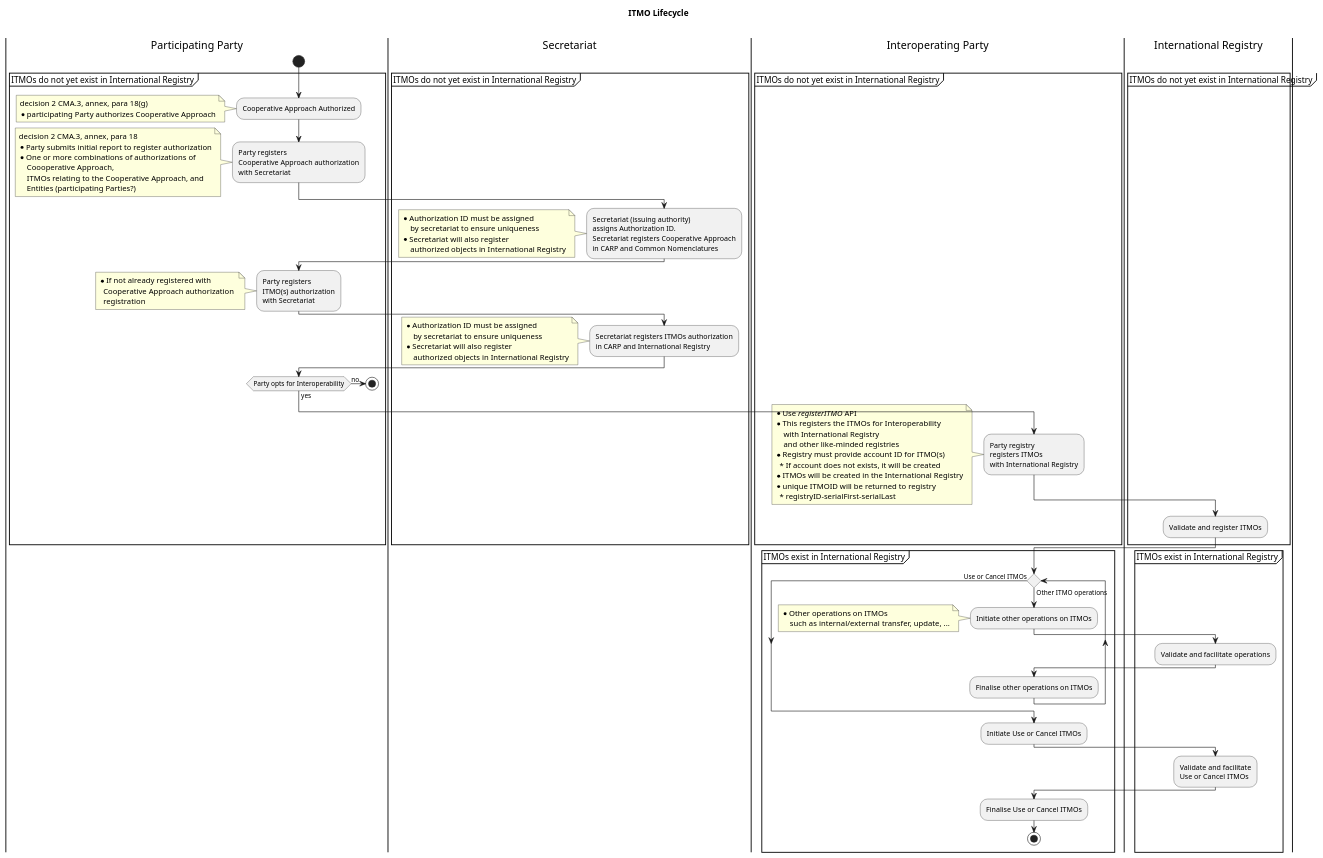
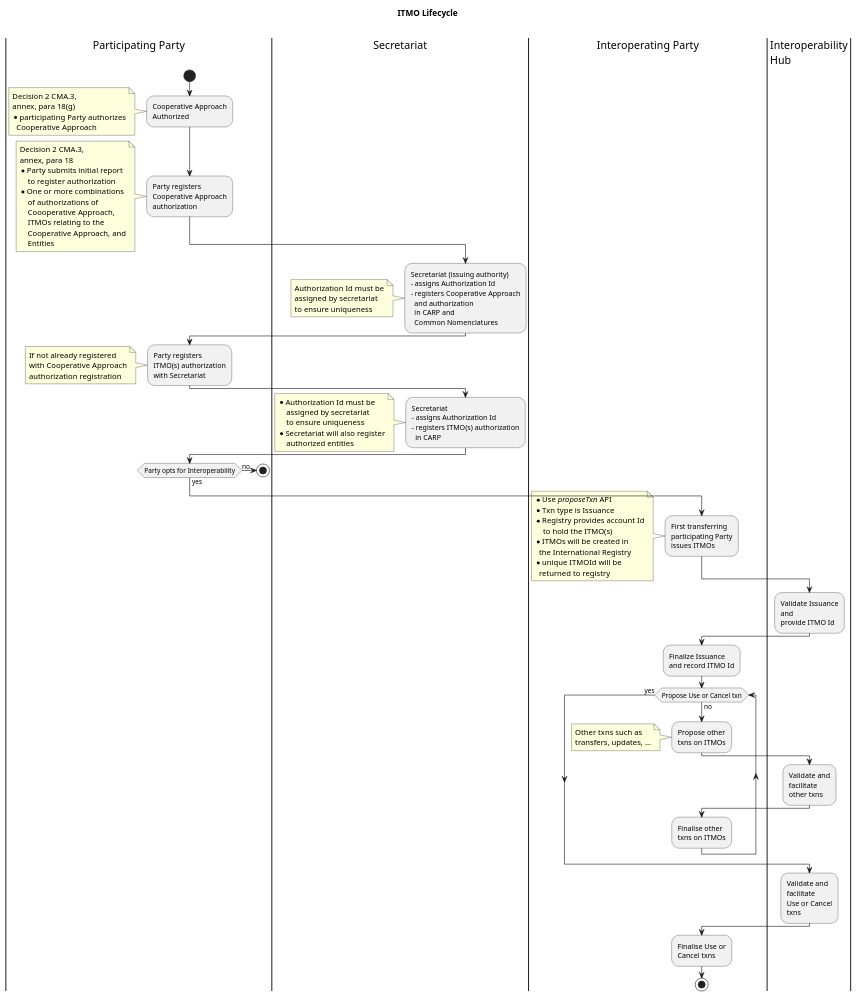
Before and after one commit to frankcnng/CARP: the diagram in diagrams/ITMO Lifecyle - activity.puml, drawn with PlantUML.

Commit message:
Update ITMO Lifecyle - activity.puml
changed "action" to "transaction" or "txn"

```diff
--- a/diagrams/ITMO Lifecyle - activity.puml
+++ b/diagrams/ITMO Lifecyle - activity.puml
@@ -1,113 +1,126 @@
 @startuml
 
 title ITMO Lifecycle \n
 |Participating Party|
 
 start
 
-partition ITMOs do not yet exist in International Registry {
-    
-    :Cooperative Approach Authorized;
+
+    :Cooperative Approach\nAuthorized;
       note left
-        decision 2 CMA.3, annex, para 18(g)
-        * participating Party authorizes Cooperative Approach
+        Decision 2 CMA.3,
+        annex, para 18(g)
+        * participating Party authorizes
+          Cooperative Approach
       end note
   
     :Party registers
-    Cooperative Approach authorization
-    with Secretariat;
+    Cooperative Approach
+    authorization;
       note left
-        decision 2 CMA.3, annex, para 18
-        * Party submits initial report to register authorization
-        * One or more combinations of authorizations of
+        Decision 2 CMA.3,
+        annex, para 18
+        * Party submits initial report
+            to register authorization
+        * One or more combinations
+            of authorizations of
             Coooperative Approach,
-            ITMOs relating to the Cooperative Approach, and
-            Entities (participating Parties?)
+            ITMOs relating to the
+            Cooperative Approach, and
+            Entities
       end note
     |Secretariat|
     :Secretariat (issuing authority)
-    assigns Authorization ID.
-    Secretariat registers Cooperative Approach
-    in CARP and Common Nomenclatures;
+    - assigns Authorization Id
+    - registers Cooperative Approach
+      and authorization
+      in CARP and 
+      Common Nomenclatures;
       note left
-        * Authorization ID must be assigned
-            by secretariat to ensure uniqueness
-        * Secretariat will also register 
-            authorized objects in International Registry
+        Authorization Id must be
+        assigned by secretariat
+        to ensure uniqueness
       end note
     |Participating Party|
     :Party registers 
     ITMO(s) authorization
     with Secretariat;
       note left
-          * If not already registered with 
-            Cooperative Approach authorization 
-            registration
+          If not already registered
+          with Cooperative Approach
+          authorization registration
       end note
 
     |Secretariat|
-    :Secretariat registers ITMOs authorization
-    in CARP and International Registry;
+    :Secretariat
+    - assigns Authorization Id
+    - registers ITMO(s) authorization
+      in CARP;
       note left
-        * Authorization ID must be assigned
-            by secretariat to ensure uniqueness
+        * Authorization Id must be
+            assigned by secretariat
+            to ensure uniqueness
         * Secretariat will also register 
-            authorized objects in International Registry
+            authorized entities
       end note
 
     |Participating Party|
     if (Party opts for Interoperability) then (yes)
   
       |Interoperating Party|
-      :Party registry
-      registers ITMOs
-      with International Registry;
+      :First transferring\nparticipating Party\nissues ITMOs;
         note left
-        * Use //registerITMO// API
-        * This registers the ITMOs for Interoperability
-            with International Registry
-            and other like-minded registries
-        * Registry must provide account ID for ITMO(s)
-          * If account does not exists, it will be created
-        * ITMOs will be created in the International Registry
-        * unique ITMOID will be returned to registry
-          * registryID-serialFirst-serialLast
+        * Use //proposeTxn// API
+        * Txn type is Issuance
+        * Registry provides account Id
+            to hold the ITMO(s)
+        * ITMOs will be created in
+          the International Registry
+        * unique ITMOId will be
+          returned to registry
         end note
-      |International Registry|
-      :Validate and register ITMOs;
+      |Interoperability\nHub|
+      :Validate Issuance
+      and
+      provide ITMO Id;
 
       |Interoperating Party|
+      :Finalize Issuance
+      and record ITMO Id;
     else (no)
       |Participating Party|
       stop
     
   endif
-}
 
 |Interoperating Party|
-partition ITMOs exist in International Registry {
-    
-  while () is (Other ITMO operations)
+
+
+  while (Propose Use or Cancel txn) is (no)
   
-    :Initiate other operations on ITMOs;
+    :Propose other
+    txns on ITMOs;
       note left
-      * Other operations on ITMOs
-          such as internal/external transfer, update, ...
+      Other txns such as
+      transfers, updates, ...
       end note
-    |International Registry|
-    :Validate and facilitate operations;
+    |Interoperability\nHub|
+    :Validate and
+    facilitate
+    other txns;
     |Interoperating Party|
-    :Finalise other operations on ITMOs;
-  endwhile (Use or Cancel ITMOs)
-    :Initiate Use or Cancel ITMOs;
-    |International Registry|
-    :Validate and facilitate
-    Use or Cancel ITMOs;
+    :Finalise other
+    txns on ITMOs;
+  endwhile (yes)
+    |Interoperability\nHub|
+    :Validate and
+    facilitate
+    Use or Cancel
+    txns;
     |Interoperating Party|
-    :Finalise Use or Cancel ITMOs;
+    :Finalise Use or
+    Cancel txns;
     stop
 
-    
-}
 
 @enduml
```
